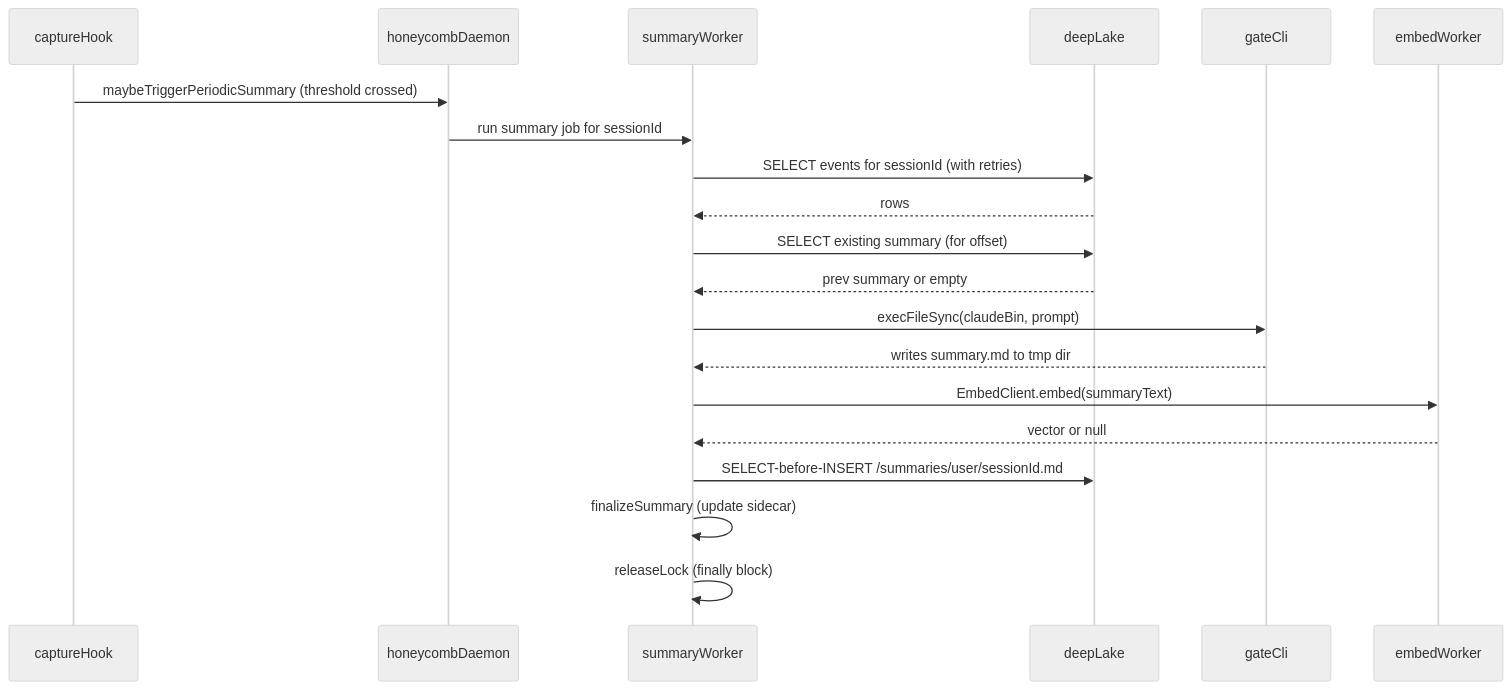
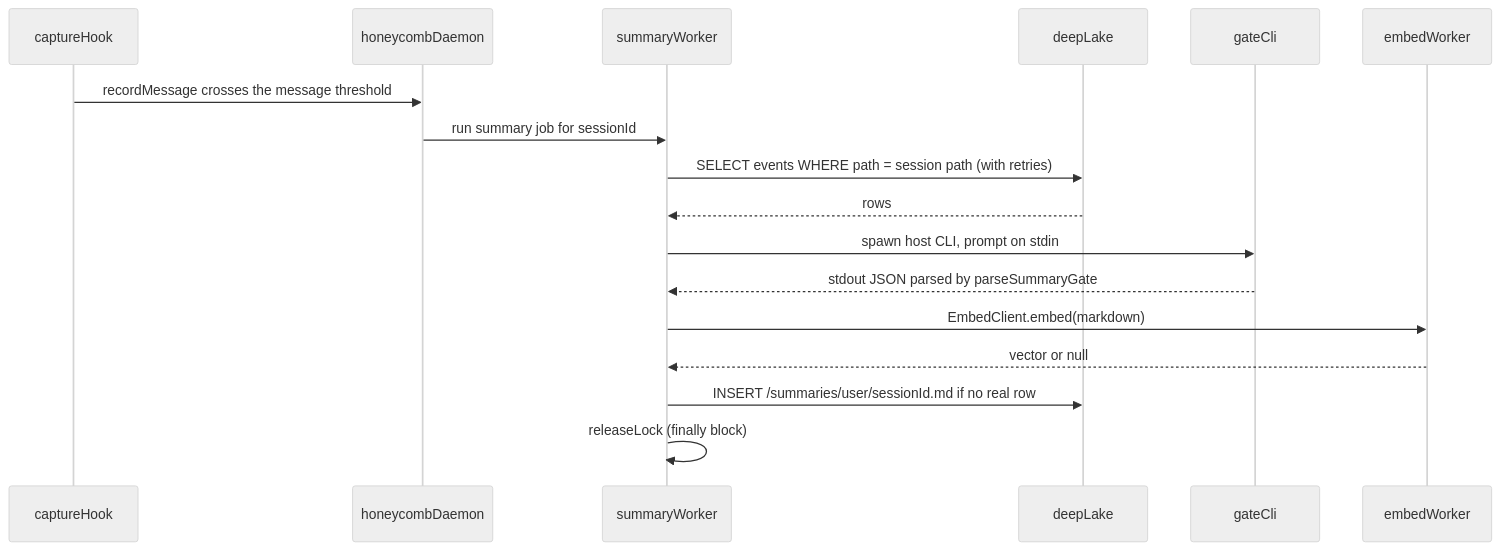
Before and after one commit to legioncodeinc/honeycomb: the diagram in library/knowledge/private/ai/wiki-summary-workers.md, drawn with Mermaid (neutral theme). The commit also changed other lines of this file and 279 other files, not shown here.

````diff
--- a/library/knowledge/private/ai/wiki-summary-workers.md
+++ b/library/knowledge/private/ai/wiki-summary-workers.md
@@ -90,23 +78,20 @@
 ```mermaid
 sequenceDiagram
     participant capture as captureHook
     participant daemon as honeycombDaemon
     participant worker as summaryWorker
     participant deeplake as deepLake
     participant gate as gateCli
     participant embed as embedWorker
 
-    capture ->> daemon: maybeTriggerPeriodicSummary (threshold crossed)
+    capture ->> daemon: recordMessage crosses the message threshold
     daemon ->> worker: run summary job for sessionId
-    worker ->> deeplake: SELECT events for sessionId (with retries)
+    worker ->> deeplake: SELECT events WHERE path = session path (with retries)
     deeplake -->> worker: rows
-    worker ->> deeplake: SELECT existing summary (for offset)
-    deeplake -->> worker: prev summary or empty
-    worker ->> gate: execFileSync(claudeBin, prompt)
-    gate -->> worker: writes summary.md to tmp dir
-    worker ->> embed: EmbedClient.embed(summaryText)
+    worker ->> gate: spawn host CLI, prompt on stdin
+    gate -->> worker: stdout JSON parsed by parseSummaryGate
+    worker ->> embed: EmbedClient.embed(markdown)
     embed -->> worker: vector or null
-    worker ->> deeplake: SELECT-before-INSERT /summaries/user/sessionId.md
-    worker ->> worker: finalizeSummary (update sidecar)
+    worker ->> deeplake: INSERT /summaries/user/sessionId.md if no real row
     worker ->> worker: releaseLock (finally block)
 ```
````
